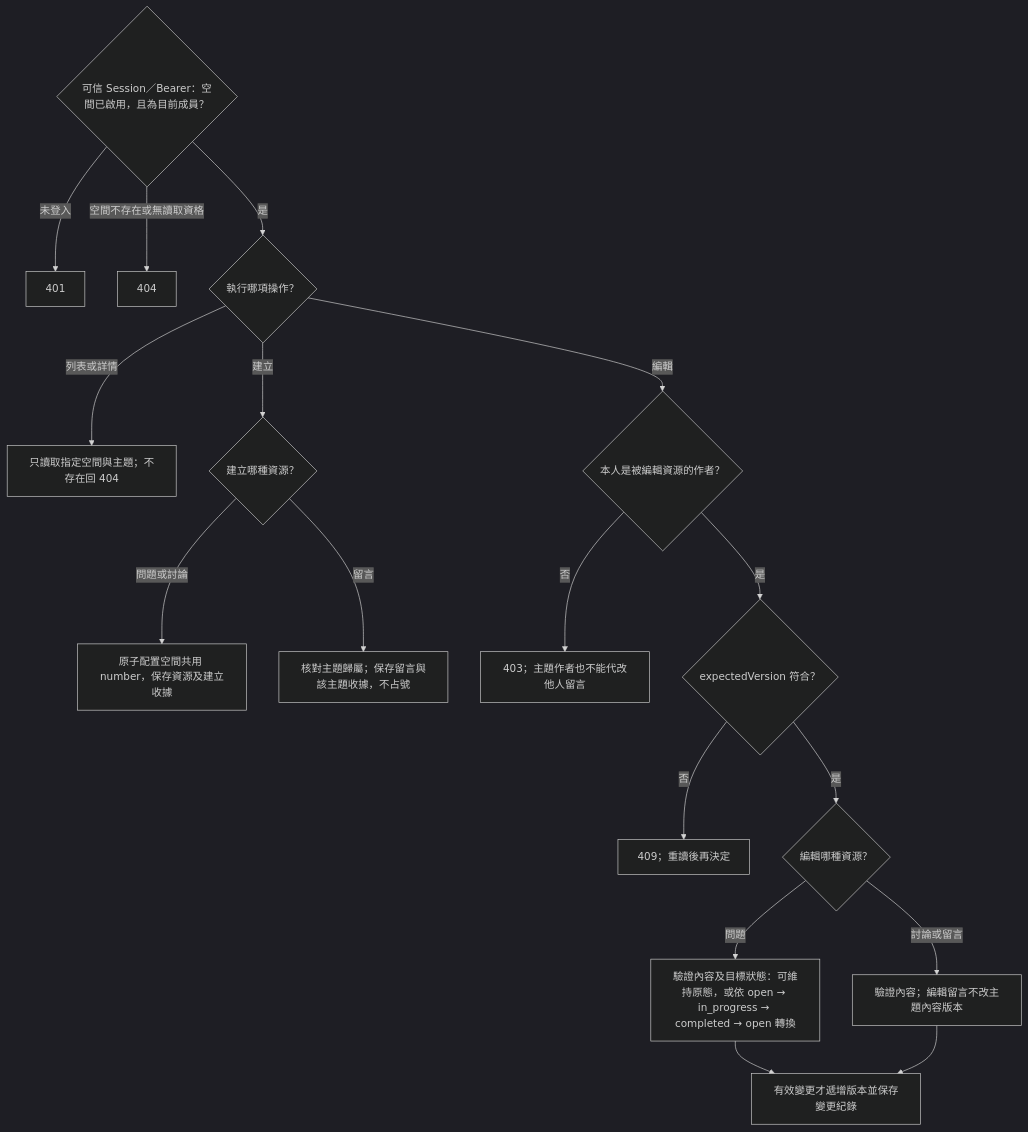
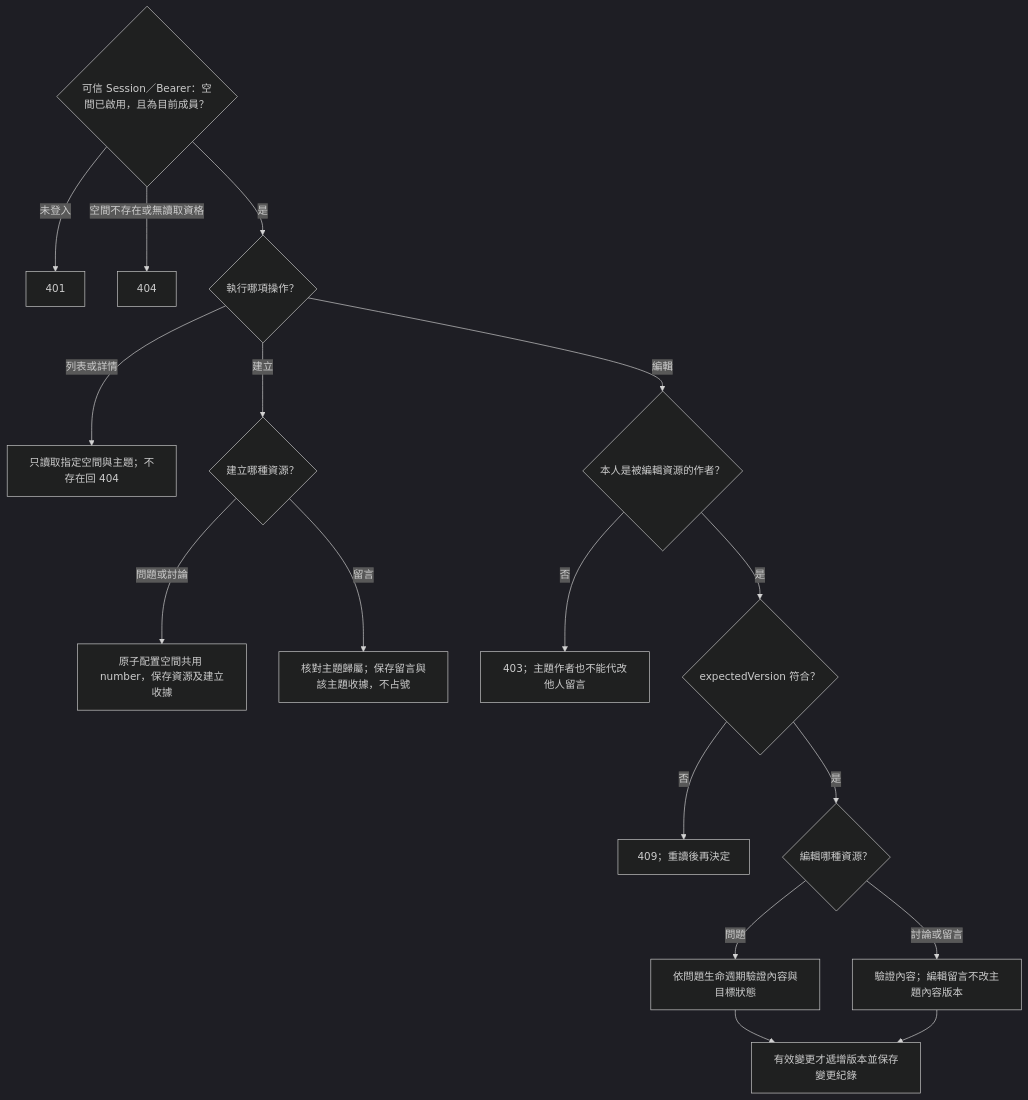
One commit to 963sup/line-mini-app-bot changed the diagram in docs/domains/repository/diagrams/repository-contributions.mermaid. Above: the diagram before and after it, drawn with Mermaid (dark theme). The commit also changed 30 other files, not shown here.

```diff
--- a/docs/domains/repository/diagrams/repository-contributions.mermaid
+++ b/docs/domains/repository/diagrams/repository-contributions.mermaid
@@ -1,18 +1,18 @@
 flowchart TB
   member{"可信 Session／Bearer：空間已啟用，且為目前成員？"}
   member -->|未登入| auth["401"]
   member -->|空間不存在或無讀取資格| hidden["404"]
   member -->|是| action{"執行哪項操作？"}
   action -->|列表或詳情| read["只讀取指定空間與主題；不存在回 404"]
   action -->|建立| kind{"建立哪種資源？"}
   kind -->|問題或討論| numbered["原子配置空間共用 number，保存資源及建立收據"]
   kind -->|留言| comment["核對主題歸屬；保存留言與該主題收據，不占號"]
   action -->|編輯| owner{"本人是被編輯資源的作者？"}
   owner -->|否| forbidden["403；主題作者也不能代改他人留言"]
   owner -->|是| version{"expectedVersion 符合？"}
   version -->|否| conflict["409；重讀後再決定"]
   version -->|是| change{"編輯哪種資源？"}
-  change -->|問題| issue["驗證內容及目標狀態：可維持原態，或依 open → in_progress → completed → open 轉換"]
+  change -->|問題| issue["依問題生命週期驗證內容與目標狀態"]
   change -->|討論或留言| text["驗證內容；編輯留言不改主題內容版本"]
   issue --> save["有效變更才遞增版本並保存變更紀錄"]
   text --> save
```
